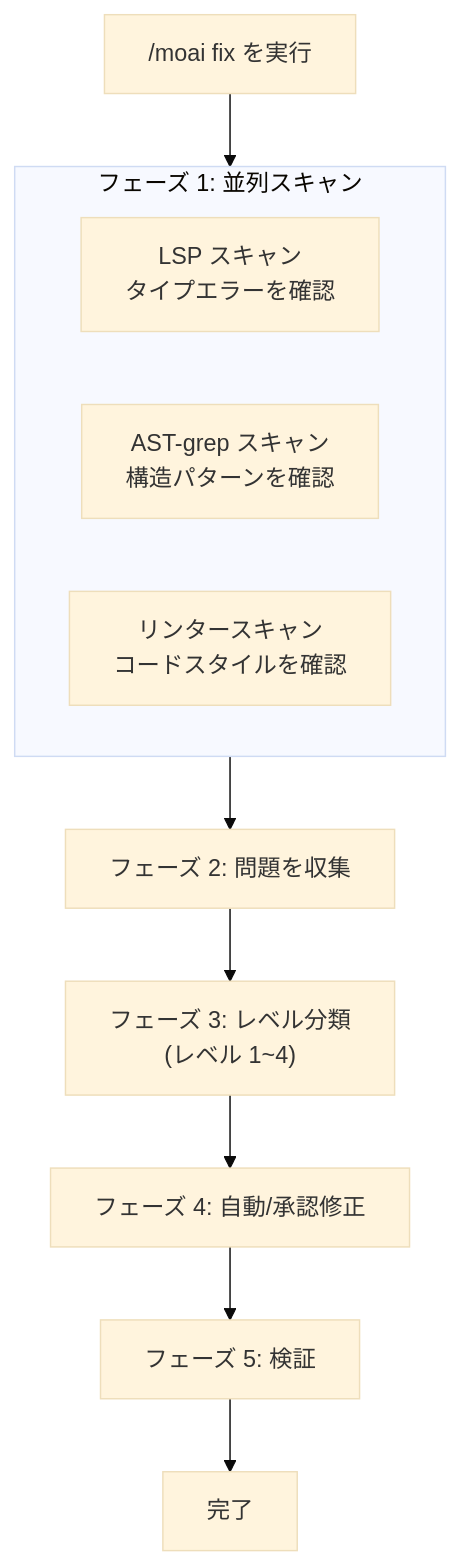
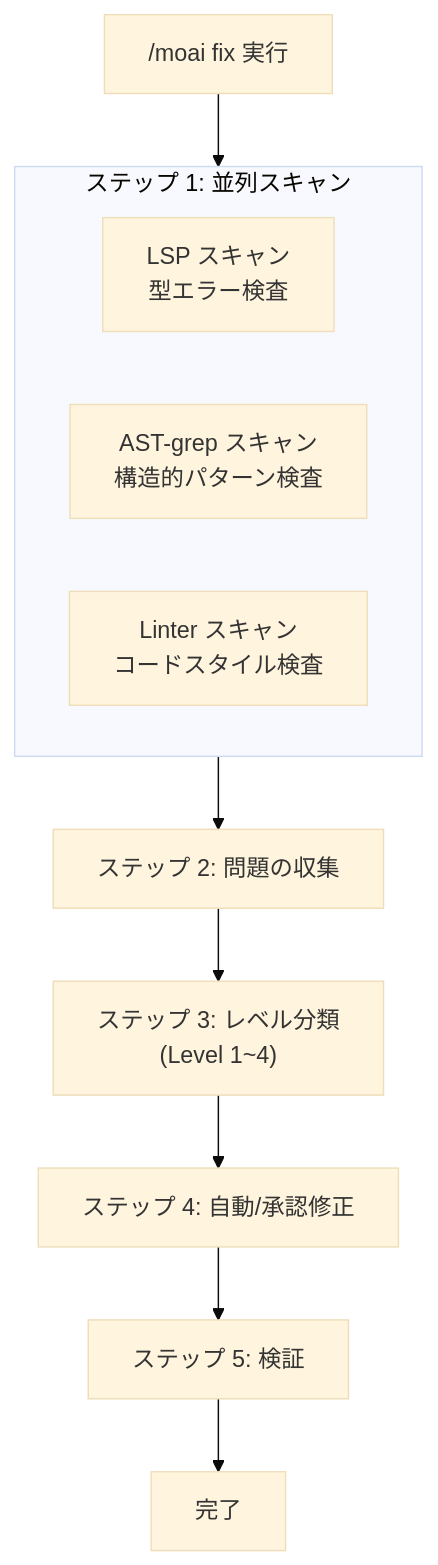
One commit to modu-ai/moai-adk changed the first of 3 diagrams in docs-site/content/ja/utility-commands/moai-fix.md. Above: the diagram before and after it, drawn with Mermaid (base theme). The commit also changed other lines of this file and 395 other files, not shown here.

````diff
--- a/docs-site/content/ja/utility-commands/moai-fix.md
+++ b/docs-site/content/ja/utility-commands/moai-fix.md
@@ -71,16 +71,16 @@
 ```mermaid
 flowchart TD
-    Start["/moai fix を実行"] --> Scan
+    Start["/moai fix 実行"] --> Scan
 
-    subgraph Scan["フェーズ 1: 並列スキャン"]
-        S1["LSP スキャン<br/>タイプエラーを確認"]
-        S2["AST-grep スキャン<br/>構造パターンを確認"]
-        S3["リンタースキャン<br/>コードスタイルを確認"]
+    subgraph Scan["ステップ 1: 並列スキャン"]
+        S1["LSP スキャン<br/>型エラー検査"]
+        S2["AST-grep スキャン<br/>構造的パターン検査"]
+        S3["Linter スキャン<br/>コードスタイル検査"]
     end
 
-    Scan --> Collect["フェーズ 2: 問題を収集"]
-    Collect --> Classify["フェーズ 3: レベル分類<br/>(レベル 1~4)"]
-    Classify --> Fix["フェーズ 4: 自動/承認修正"]
-    Fix --> Verify["フェーズ 5: 検証"]
+    Scan --> Collect["ステップ 2: 問題の収集"]
+    Collect --> Classify["ステップ 3: レベル分類<br/>(Level 1~4)"]
+    Classify --> Fix["ステップ 4: 自動/承認修正"]
+    Fix --> Verify["ステップ 5: 検証"]
     Verify --> Done["完了"]
 ```
````
